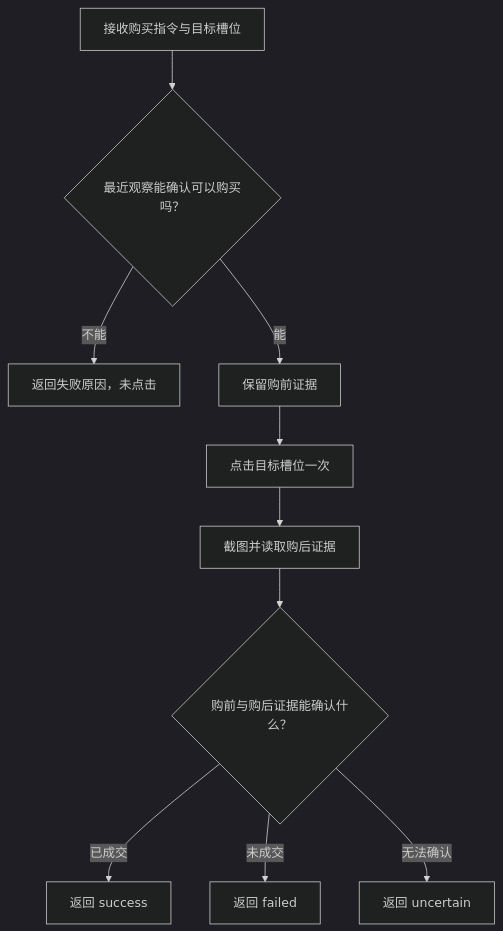
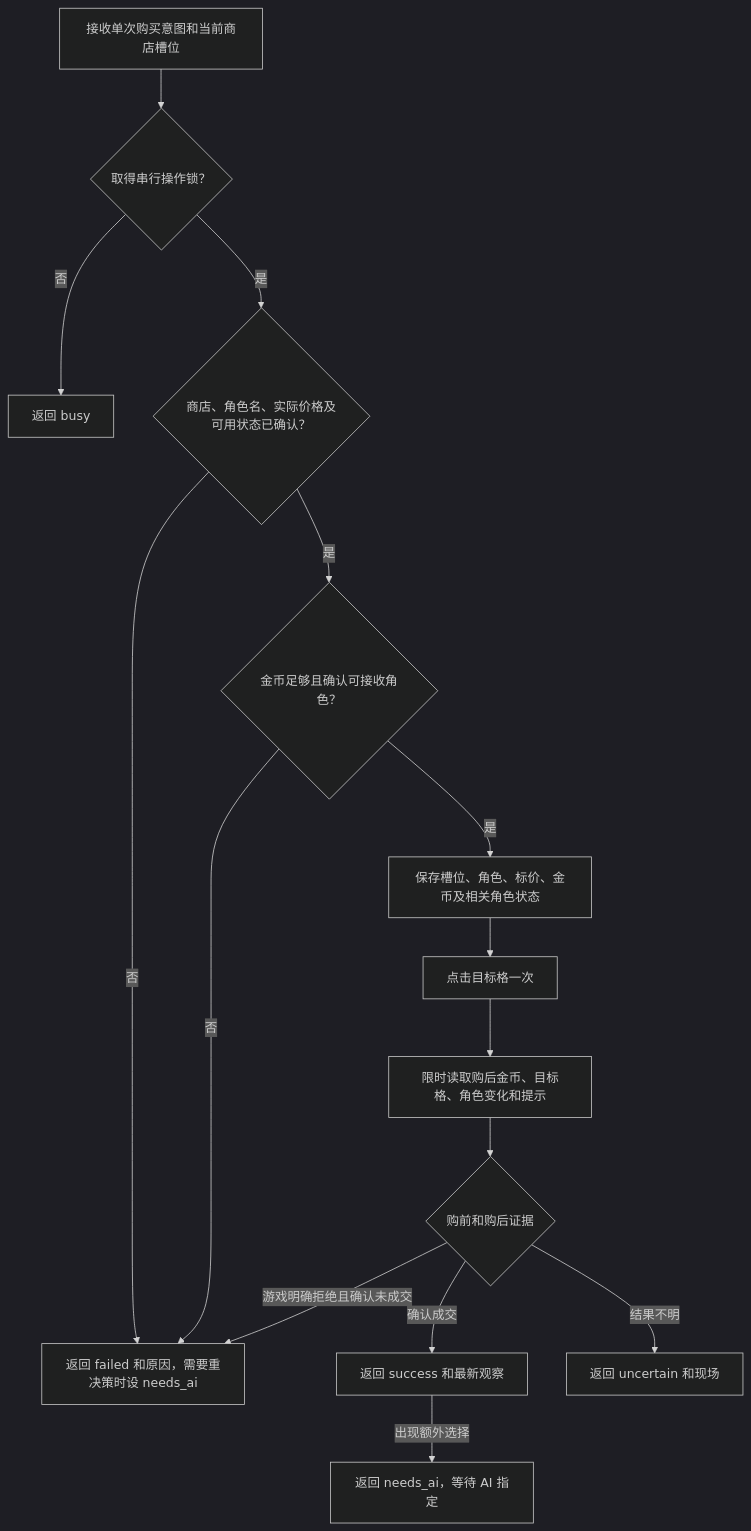
One commit to 23swccp/CurrencyWarsKit changed the third of 3 diagrams in design/buy.md. Above: the diagram before and after it, drawn with Mermaid (dark theme). The commit also changed other lines of this file and 95 other files, not shown here.

````diff
--- a/design/buy.md
+++ b/design/buy.md
@@ -73,12 +75,17 @@
 ```mermaid
 flowchart TD
-    A["接收购买指令与目标槽位"] --> B{"最近观察能确认可以购买吗？"}
-    B -->|不能| C["返回失败原因，未点击"]
-    B -->|能| D["保留购前证据"]
-    D --> E["点击目标槽位一次"]
-    E --> F["截图并读取购后证据"]
-    F --> G{"购前与购后证据能确认什么？"}
-    G -->|已成交| H["返回 success"]
-    G -->|未成交| I["返回 failed"]
-    G -->|无法确认| J["返回 uncertain"]
+    Intent["接收单次购买意图和当前商店槽位"] --> Mutex{"取得串行操作锁？"}
+    Mutex -->|否| Busy["返回 busy"]
+    Mutex -->|是| Offer{"商店、角色名、实际价格及可用状态已确认？"}
+    Offer -->|否| Reject["返回 failed 和原因，需要重决策时设 needs_ai"]
+    Offer -->|是| Capacity{"金币足够且确认可接收角色？"}
+    Capacity -->|否| Reject
+    Capacity -->|是| Save["保存槽位、角色、标价、金币及相关角色状态"]
+    Save --> Click["点击目标格一次"]
+    Click --> Review["限时读取购后金币、目标格、角色变化和提示"]
+    Review --> Outcome{"购前和购后证据"}
+    Outcome -->|确认成交| Success["返回 success 和最新观察"]
+    Outcome -->|游戏明确拒绝且确认未成交| Reject
+    Outcome -->|结果不明| Pending["返回 uncertain 和现场"]
+    Success -->|出现额外选择| AI["返回 needs_ai，等待 AI 指定"]
 ```
````
